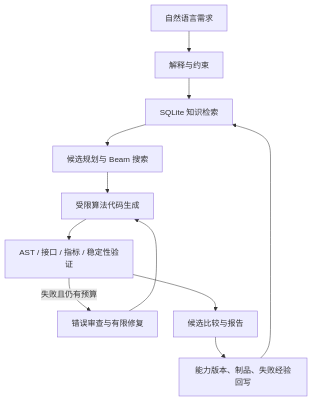
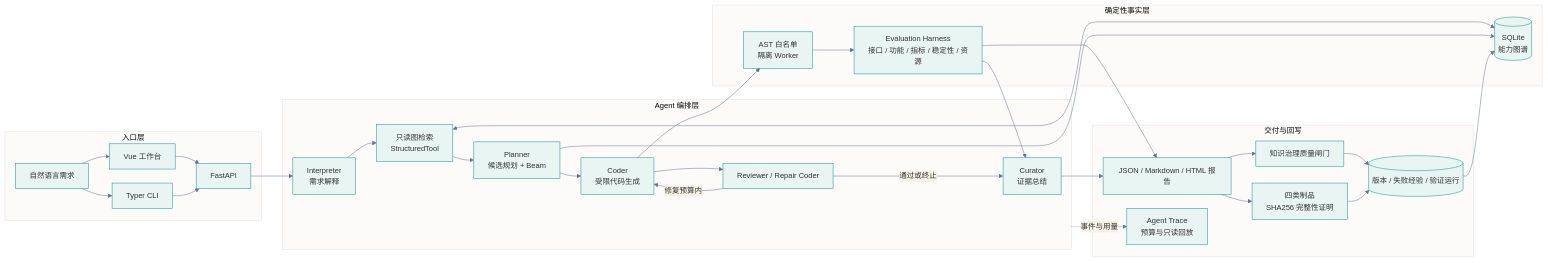
Before and after one commit to dengdeng55525/axiomforge: the first of 2 diagrams in README.md, drawn with Mermaid. The commit also changed other lines of this file and 22 other files, not shown here.

Commit message:
feat(agent): add harness evaluation and GPU status console

````diff
--- a/README.md
+++ b/README.md
@@ -165,14 +215,56 @@
 ```mermaid
-%%{init: {"themeVariables": {"fontSize": "16px"}, "flowchart": {"nodeSpacing": 32, "rankSpacing": 42, "padding": 14}}}%%
-flowchart TD
-    A[自然语言需求] --> B[解释与约束]
-    B --> C[SQLite 知识检索]
-    C --> D[候选规划与 Beam 搜索]
-    D --> E[受限算法代码生成]
-    E --> F[AST / 接口 / 指标 / 稳定性验证]
-    F -->|失败且仍有预算| G[错误审查与有限修复]
-    G --> E
-    F --> H[候选比较与报告]
-    H --> I[能力版本、制品、失败经验回写]
-    I --> C
+%%{init: {"theme": "base", "themeVariables": {"fontSize": "15px", "primaryColor": "#e8f5f2", "primaryBorderColor": "#0d9488", "lineColor": "#64748b"}, "flowchart": {"nodeSpacing": 28, "rankSpacing": 42, "padding": 14}}}%%
+flowchart LR
+    subgraph INPUT[入口层]
+      U[自然语言需求]
+      W[Vue 工作台]
+      C[Typer CLI]
+      A[FastAPI]
+      U --> W
+      U --> C
+      W --> A
+      C --> A
+    end
+
+    subgraph ORCH[Agent 编排层]
+      I[Interpreter<br/>需求解释]
+      R[只读图检索<br/>StructuredTool]
+      P[Planner<br/>候选规划 + Beam]
+      G[Coder<br/>受限代码生成]
+      V[Reviewer / Repair Coder]
+      K[Curator<br/>证据总结]
+      I --> R --> P --> G
+      G --> V
+      V -->|修复预算内| G
+      V -->|通过或终止| K
+    end
+
+    subgraph FACTS[确定性事实层]
+      KG[(SQLite<br/>能力图谱)]
+      X[AST 白名单<br/>隔离 Worker]
+      H[Evaluation Harness<br/>接口 / 功能 / 指标 / 稳定性 / 资源]
+      X --> H
+      H --> K
+    end
+
+    subgraph DELIVERY[交付与回写]
+      REP[JSON / Markdown / HTML 报告]
+      OBS[Agent Trace<br/>预算与只读回放]
+      PROOF[四类制品<br/>SHA256 完整性证明]
+      Q[知识治理质量闸门]
+      OUT[(版本 / 失败经验 / 验证运行)]
+    end
+
+    A --> I
+    R <--> KG
+    P --> KG
+    G --> X
+    H --> REP
+    K --> REP
+    ORCH -.事件与用量.-> OBS
+    REP --> PROOF
+    REP --> Q
+    Q --> OUT
+    PROOF --> OUT
+    OUT --> KG
 ```
````
